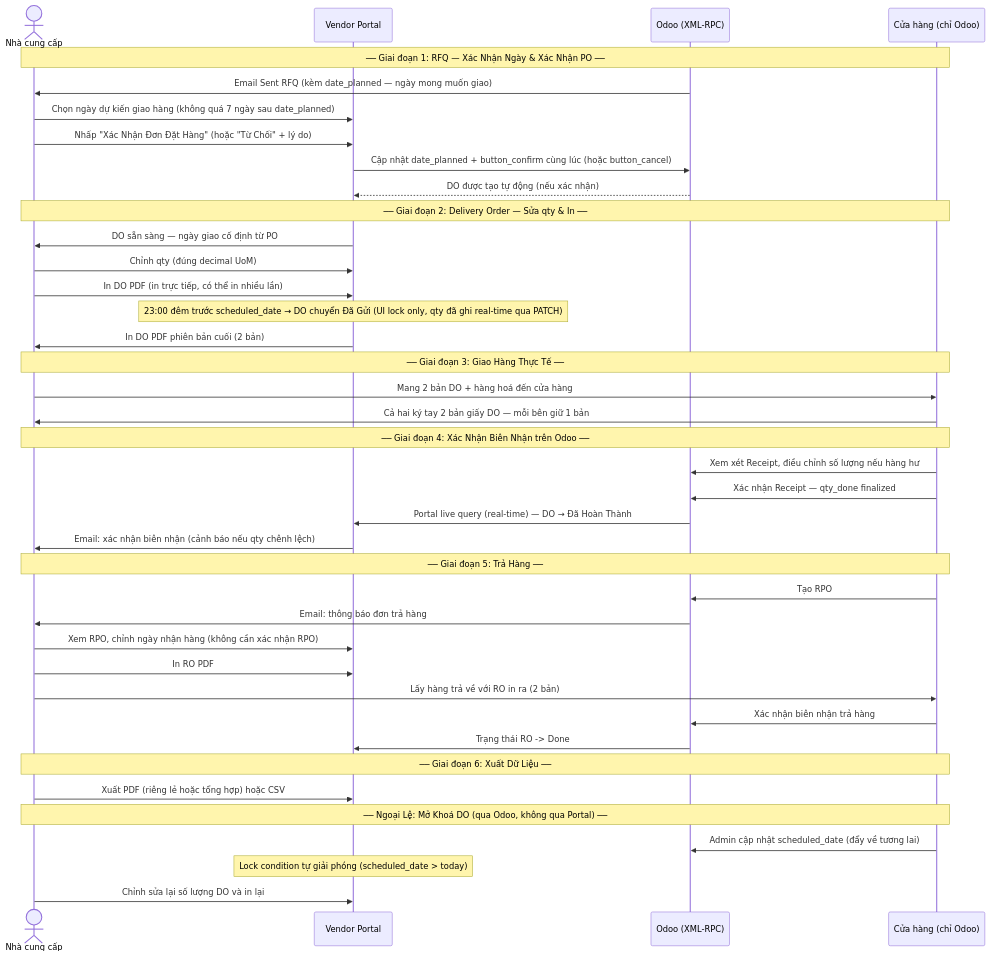
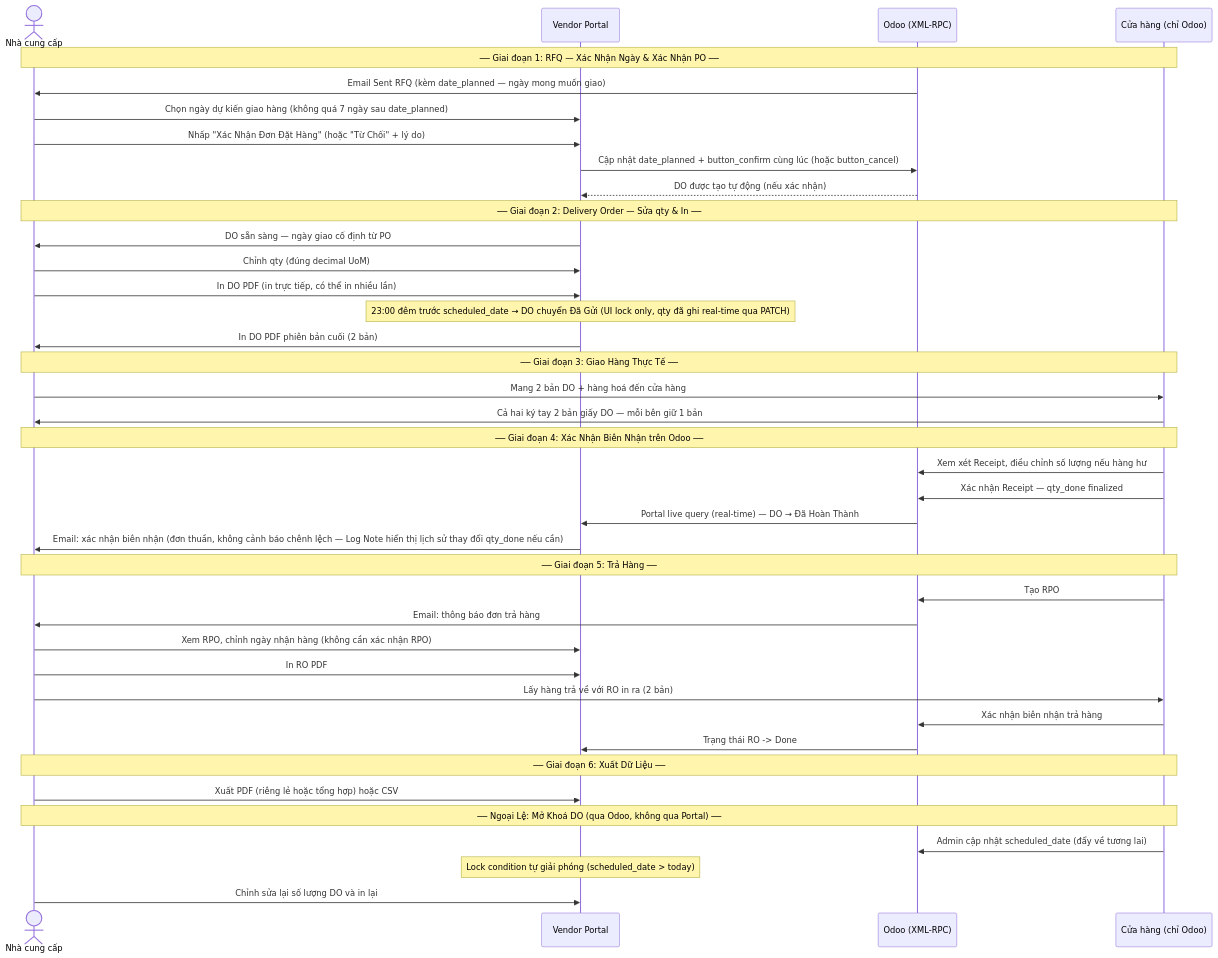
Before and after one commit to ngohuuduc/3S_vendor_portal: the third of 5 diagrams in PROCESS_FLOW.md, drawn with Mermaid. The commit also changed other lines of this file and 3 other files, not shown here.

First line of the commit message:
Revert SL Giao về cơ chế 1 field (qty_done), bỏ email cảnh báo chênh lệch, mở rộng Log Note cho cả 4 phiếu

````diff
--- a/PROCESS_FLOW.md
+++ b/PROCESS_FLOW.md
@@ -118,48 +118,48 @@
 ```mermaid
 sequenceDiagram
     actor Vendor as Nhà cung cấp
     participant Portal as Vendor Portal
     participant Odoo as Odoo (XML-RPC)
     participant Store as Cửa hàng (chỉ Odoo)
 
     Note over Vendor,Store: ── Giai đoạn 1: RFQ — Xác Nhận Ngày & Xác Nhận PO ──
     Odoo->>Vendor: Email Sent RFQ (kèm date_planned — ngày mong muốn giao)
     Vendor->>Portal: Chọn ngày dự kiến giao hàng (không quá 7 ngày sau date_planned)
     Vendor->>Portal: Nhấp "Xác Nhận Đơn Đặt Hàng" (hoặc "Từ Chối" + lý do)
     Portal->>Odoo: Cập nhật date_planned + button_confirm cùng lúc (hoặc button_cancel)
     Odoo-->>Portal: DO được tạo tự động (nếu xác nhận)
 
     Note over Vendor,Store: ── Giai đoạn 2: Delivery Order — Sửa qty & In ──
     Portal->>Vendor: DO sẵn sàng — ngày giao cố định từ PO
     Vendor->>Portal: Chỉnh qty (đúng decimal UoM)
     Vendor->>Portal: In DO PDF (in trực tiếp, có thể in nhiều lần)
     Note over Portal: 23:00 đêm trước scheduled_date → DO chuyển Đã Gửi (UI lock only, qty đã ghi real-time qua PATCH)
     Portal->>Vendor: In DO PDF phiên bản cuối (2 bản)
 
     Note over Vendor,Store: ── Giai đoạn 3: Giao Hàng Thực Tế ──
     Vendor->>Store: Mang 2 bản DO + hàng hoá đến cửa hàng
     Store->>Vendor: Cả hai ký tay 2 bản giấy DO — mỗi bên giữ 1 bản
 
     Note over Vendor,Store: ── Giai đoạn 4: Xác Nhận Biên Nhận trên Odoo ──
     Store->>Odoo: Xem xét Receipt, điều chỉnh số lượng nếu hàng hư
     Store->>Odoo: Xác nhận Receipt — qty_done finalized
     Odoo->>Portal: Portal live query (real-time) — DO → Đã Hoàn Thành
-    Portal->>Vendor: Email: xác nhận biên nhận (cảnh báo nếu qty chênh lệch)
+    Portal->>Vendor: Email: xác nhận biên nhận (đơn thuần, không cảnh báo chênh lệch — Log Note hiển thị lịch sử thay đổi qty_done nếu cần)
 
     Note over Vendor,Store: ── Giai đoạn 5: Trả Hàng ──
     Store->>Odoo: Tạo RPO
     Odoo->>Vendor: Email: thông báo đơn trả hàng
     Vendor->>Portal: Xem RPO, chỉnh ngày nhận hàng (không cần xác nhận RPO)
     Vendor->>Portal: In RO PDF
     Vendor->>Store: Lấy hàng trả về với RO in ra (2 bản)
     Store->>Odoo: Xác nhận biên nhận trả hàng
     Odoo->>Portal: Trạng thái RO -> Done
 
     Note over Vendor,Store: ── Giai đoạn 6: Xuất Dữ Liệu ──
     Vendor->>Portal: Xuất PDF (riêng lẻ hoặc tổng hợp) hoặc CSV
 
     Note over Vendor,Store: ── Ngoại Lệ: Mở Khoá DO (qua Odoo, không qua Portal) ──
     Store->>Odoo: Admin cập nhật scheduled_date (đẩy về tương lai)
     Note over Portal: Lock condition tự giải phóng (scheduled_date > today)
     Vendor->>Portal: Chỉnh sửa lại số lượng DO và in lại
 ```
````
